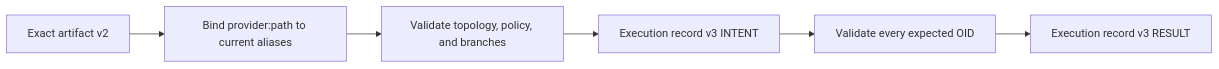
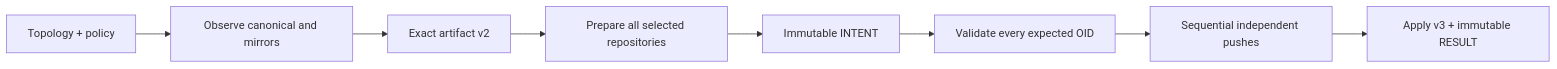
Before and after one commit to hackelia-micrantha/repora: the diagram in README.md, drawn with Mermaid. The commit also changed other lines of this file, not shown here.

````diff
--- a/README.md
+++ b/README.md
@@ -71,8 +52,10 @@
 ```mermaid
 flowchart LR
-    Artifact[Exact artifact v2] --> Bind[Bind provider:path to current aliases]
-    Bind --> Scope[Validate topology, policy, and branches]
-    Scope --> Intent[Execution record v3 INTENT]
+    Config[Topology + policy] --> Observe[Observe canonical and mirrors]
+    Observe --> Artifact[Exact artifact v2]
+    Artifact --> Prepare[Prepare all selected repositories]
+    Prepare --> Intent[Immutable INTENT]
     Intent --> Preflight[Validate every expected OID]
-    Preflight --> Result[Execution record v3 RESULT]
+    Preflight --> Execute[Sequential independent pushes]
+    Execute --> Result[Apply v3 + immutable RESULT]
 ```
````
